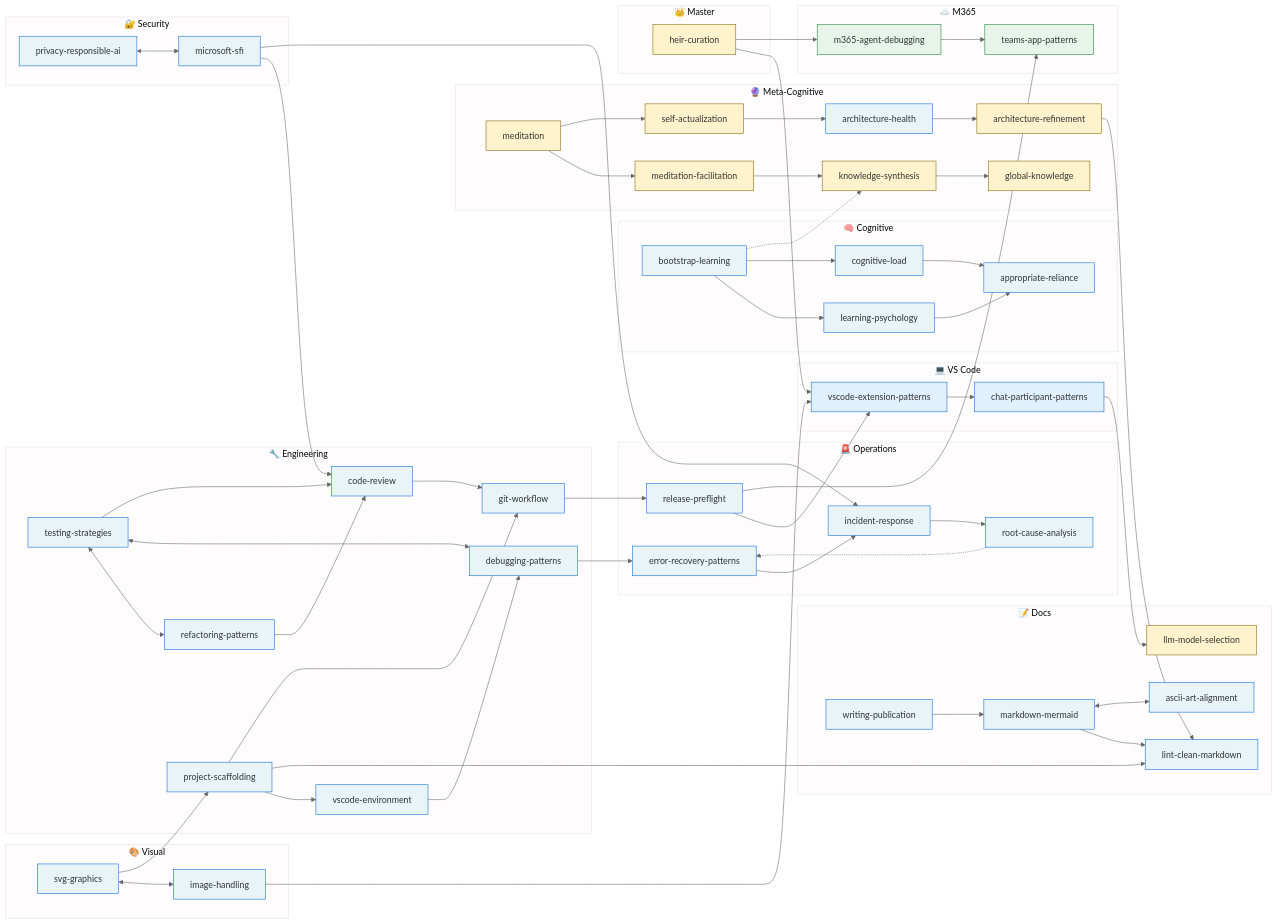
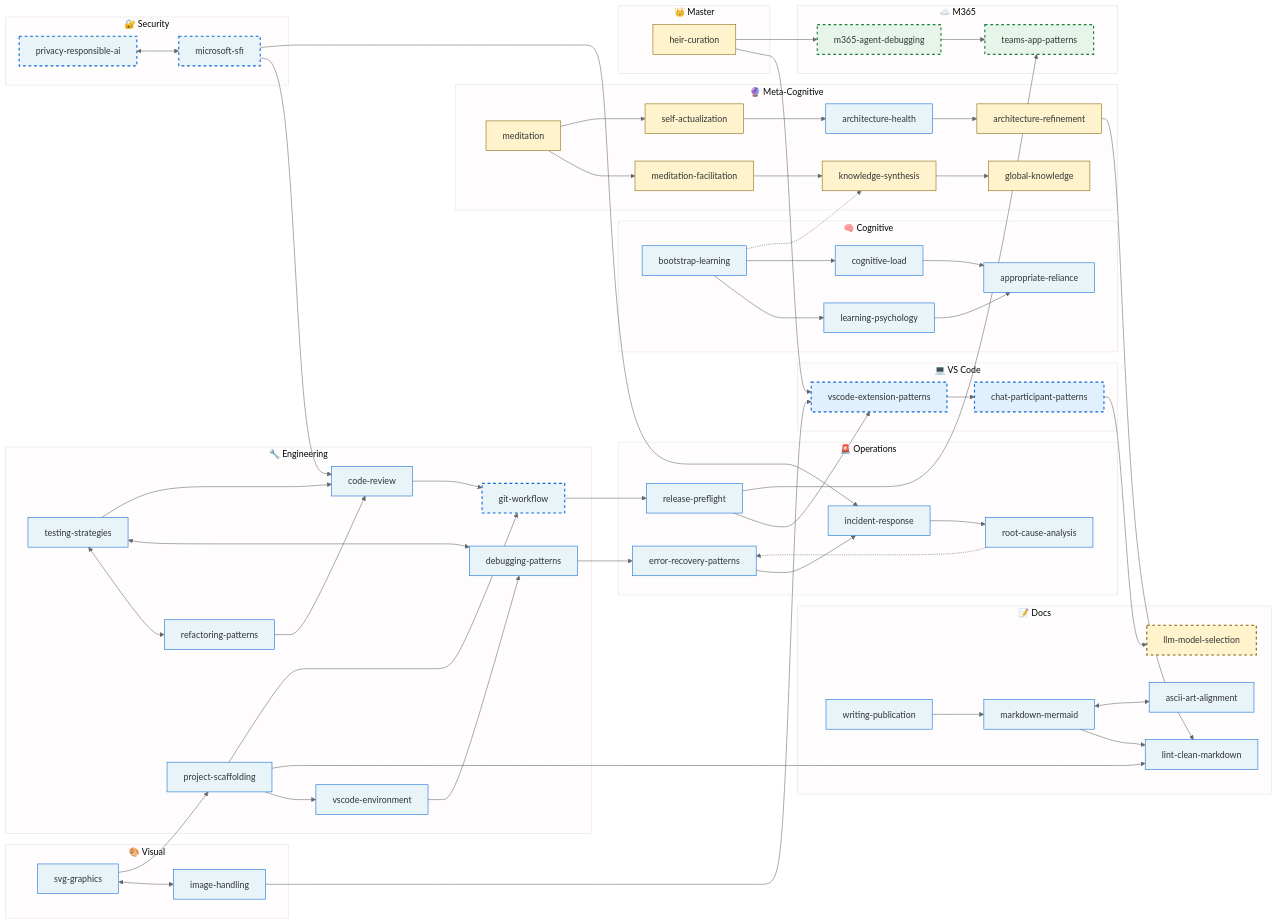
The diagram in alex_docs/SKILLS-CATALOG.md (fabioc-aloha/Alex_Plug_In), drawn with Mermaid before and after one commit. The commit also changed other lines of this file, not shown here.

First line of the commit message:
docs(skills): Add staleness ownership + visual indicators

````diff
--- a/alex_docs/SKILLS-CATALOG.md
+++ b/alex_docs/SKILLS-CATALOG.md
@@ -250,11 +252,16 @@
     MAD --> TAP
     RF --> VEP & TAP
 
-    %% Styling
+    %% Styling - Inheritance
     classDef master fill:#fff3cd,stroke:#856404
     classDef vscode fill:#e1f0ff,stroke:#0969da
     classDef m365 fill:#e6f4ea,stroke:#1a7f37
+
+    %% Styling - Staleness (dashed border)
+    classDef stale stroke-dasharray:5 5,stroke-width:2px
+
     class HC,MED,SA,ARF,KS,GK,MF,LLM master
     class VEP,CPP vscode
     class MAD,TAP m365
+    class VEP,CPP,MAD,TAP,LLM,GW,PRA,SFI stale
 ```
````
